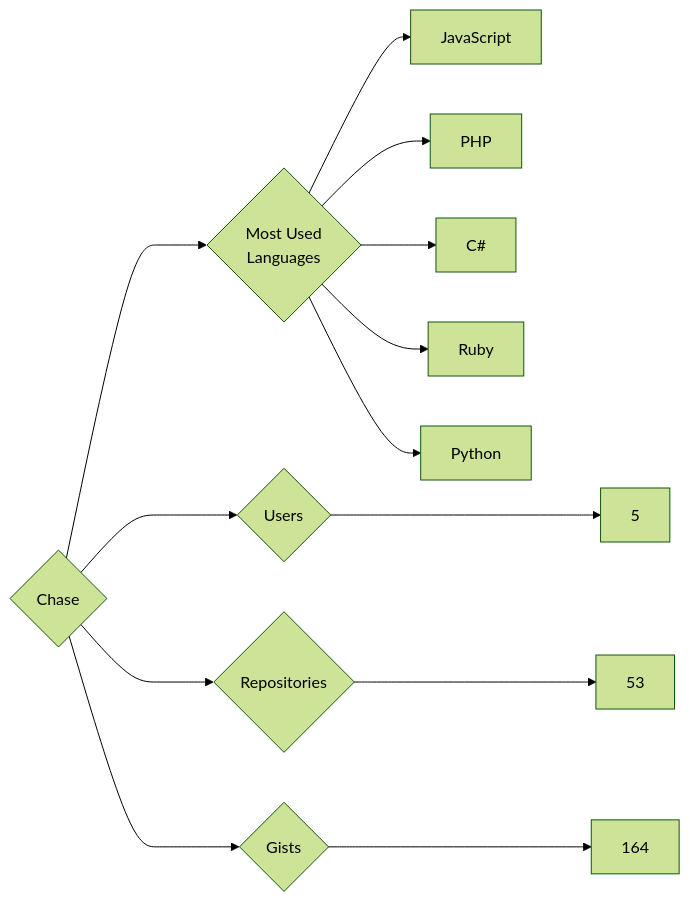
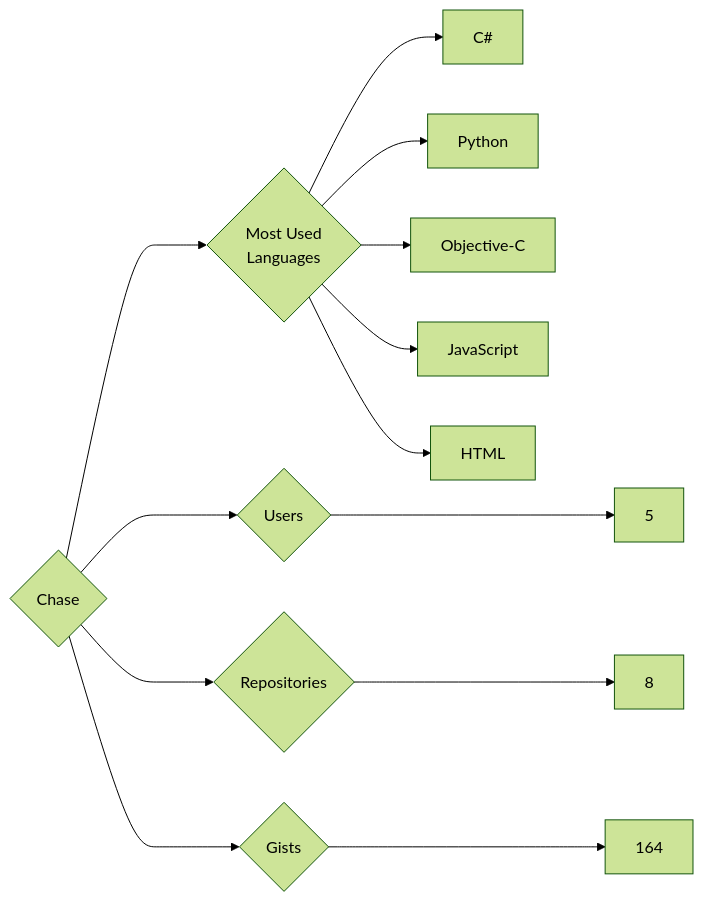
The diagram in targets/Chase/README.md (trickest/insiders), drawn with Mermaid (forest theme) before and after one commit. The commit also changed 942 other files, not shown here.

````diff
--- a/targets/Chase/README.md
+++ b/targets/Chase/README.md
@@ -3,13 +3,13 @@
 ```mermaid
 graph LR
 COMPANY_NAME{Chase}
 COMPANY_NAME ---> U{Users} ---> UN[5]
-COMPANY_NAME ---> R{Repositories} ---> RN[53]
+COMPANY_NAME ---> R{Repositories} ---> RN[8]
 COMPANY_NAME ---> G{Gists} ---> GN[164]
 COMPANY_NAME ---> ML{Most Used<br>Languages}
+ML --> C#[C#]
+ML --> Python[Python]
+ML --> Objective-C[Objective-C]
 ML --> JavaScript[JavaScript]
-ML --> PHP[PHP]
-ML --> C#[C#]
-ML --> Ruby[Ruby]
-ML --> Python[Python]
+ML --> HTML[HTML]
 ```
````
